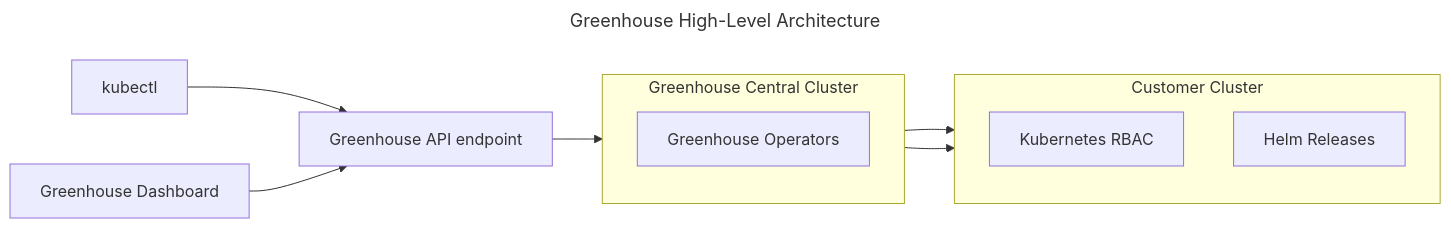
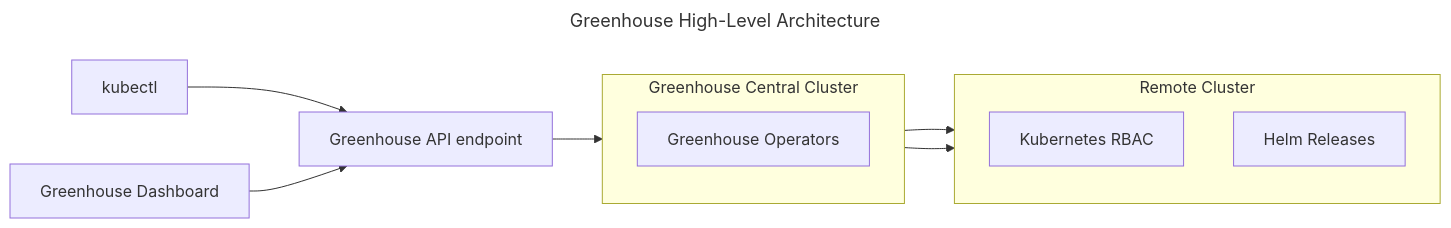
One commit to cloudoperators/greenhouse changed the first of 4 diagrams in docs/architecture/high-level.md. Above: the diagram before and after it, drawn with Mermaid. The commit also changed other lines of this file, not shown here.

````diff
--- a/docs/architecture/high-level.md
+++ b/docs/architecture/high-level.md
@@ -8,29 +8,29 @@
 ```mermaid
 ---
 title: Greenhouse High-Level Architecture
 ---
 
 flowchart LR
 
   kubectl[kubectl]
   dashboard[Greenhouse Dashboard]
 
   api[Greenhouse API endpoint]
 
   subgraph "Greenhouse Central Cluster"
     direction TB
     operator[Greenhouse Operators]
   end
 
-  subgraph "Customer Cluster"
+  subgraph "Remote Cluster"
     direction TB
     rbac[Kubernetes RBAC]
     helmRelease[Helm Releases]
   end
 
   kubectl --> api
   dashboard --> api
   api --> operator
   operator --> rbac
   operator --> helmRelease
 ```
````
